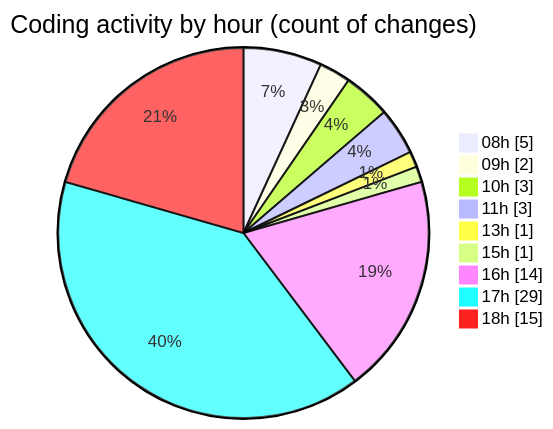
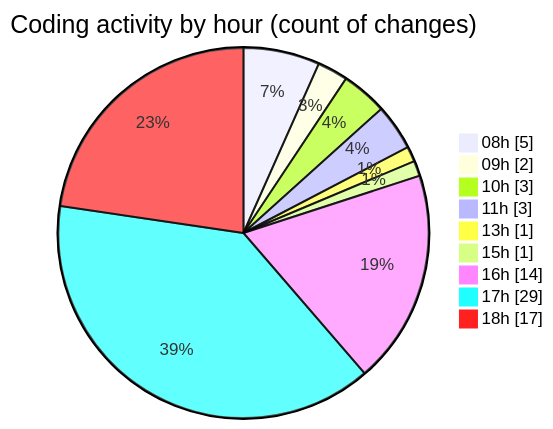
Before and after one commit to julien-gomy/code-tracking: the second of 2 diagrams in 2025-10-27/eventscop-frontend-guide__workspace_/README.md, drawn with Mermaid. The commit also changed other lines of this file and 1 other file, not shown here.

````diff
--- a/2025-10-27/eventscop-frontend-guide__workspace_/README.md
+++ b/2025-10-27/eventscop-frontend-guide__workspace_/README.md
@@ -44,13 +45,13 @@
 ```mermaid
 pie showData
 title Coding activity by hour (count of changes)
 "08h" : 5
 "09h" : 2
 "10h" : 3
 "11h" : 3
 "13h" : 1
 "15h" : 1
 "16h" : 14
 "17h" : 29
-"18h" : 15
+"18h" : 17
 ```
````
